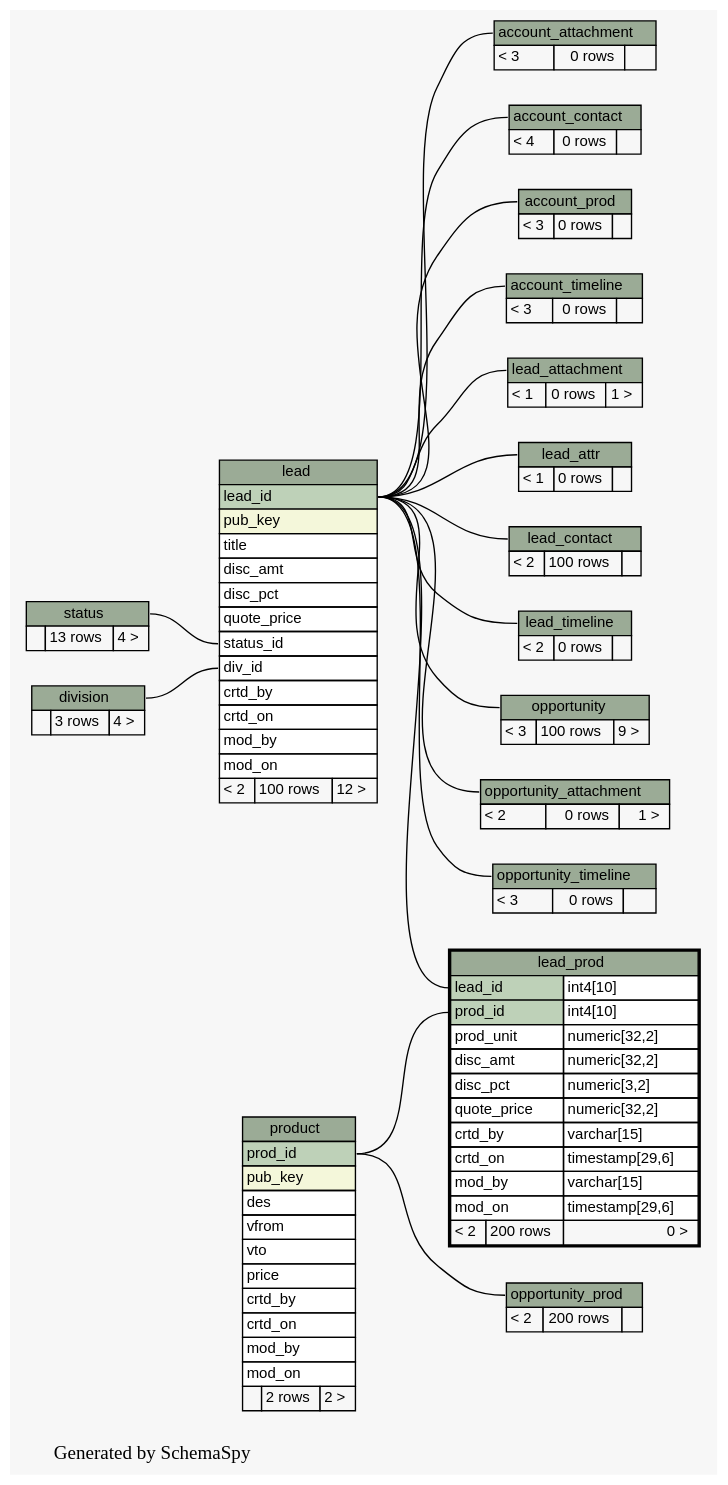
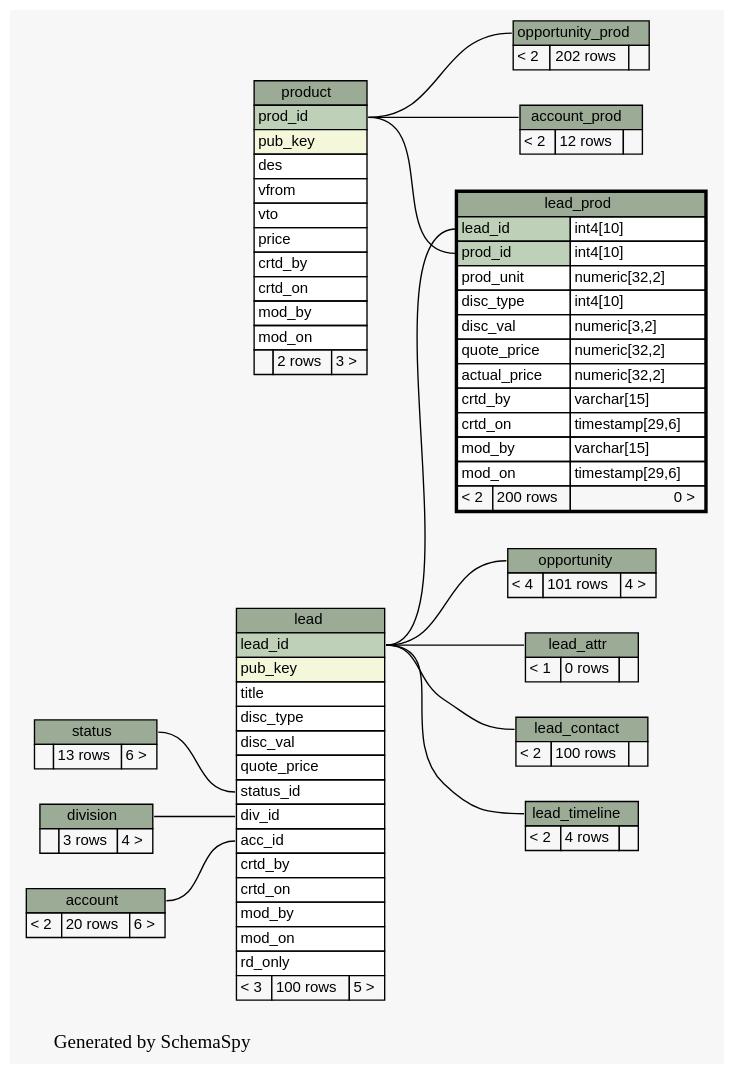
The diagram in docs/database/schemaspy/graphs/lead_prod.2degrees.dot (engineerscraft/salesforce), drawn with Graphviz before and after one commit. The commit also changed 157 other files, not shown here.

```diff
--- a/docs/database/schemaspy/graphs/lead_prod.2degrees.dot
+++ b/docs/database/schemaspy/graphs/lead_prod.2degrees.dot
@@ -14,57 +14,34 @@
   edge [
     arrowsize="0.8"
   ];
-  "account_attachment":"account_attachment.heading":w -> "lead":"lead_id":e [arrowtail=crowodot arrowhead=none];
-  "account_contact":"account_contact.heading":w -> "lead":"lead_id":e [arrowtail=crowtee arrowhead=none];
-  "account_prod":"account_prod.heading":w -> "lead":"lead_id":e [arrowtail=crowtee arrowhead=none];
-  "account_timeline":"account_timeline.heading":w -> "lead":"lead_id":e [arrowtail=crowodot arrowhead=none];
+  "account_prod":"account_prod.heading":w -> "product":"prod_id":e [arrowtail=crowtee arrowhead=none];
+  "lead":"acc_id":w -> "account":"account.heading":e [arrowtail=crowodot arrowhead=none];
   "lead":"div_id":w -> "division":"division.heading":e [arrowtail=crowtee arrowhead=none];
   "lead":"status_id":w -> "status":"status.heading":e [arrowtail=crowtee arrowhead=none];
-  "lead_attachment":"lead_attachment.heading":w -> "lead":"lead_id":e [arrowtail=crowtee arrowhead=none];
   "lead_attr":"lead_attr.heading":w -> "lead":"lead_id":e [arrowtail=tee arrowhead=none];
   "lead_contact":"lead_contact.heading":w -> "lead":"lead_id":e [arrowtail=crowtee arrowhead=none];
   "lead_prod":"lead_id":w -> "lead":"lead_id":e [arrowtail=crowtee arrowhead=none];
   "lead_prod":"prod_id":w -> "product":"prod_id":e [arrowtail=crowtee arrowhead=none];
   "lead_timeline":"lead_timeline.heading":w -> "lead":"lead_id":e [arrowtail=crowtee arrowhead=none];
   "opportunity":"opportunity.heading":w -> "lead":"lead_id":e [arrowtail=crowodot arrowhead=none];
-  "opportunity_attachment":"opportunity_attachment.heading":w -> "lead":"lead_id":e [arrowtail=crowtee arrowhead=none];
   "opportunity_prod":"opportunity_prod.heading":w -> "product":"prod_id":e [arrowtail=crowtee arrowhead=none];
-  "opportunity_timeline":"opportunity_timeline.heading":w -> "lead":"lead_id":e [arrowtail=crowodot arrowhead=none];
-  "account_attachment" [
+  "account" [
     label=<
     <TABLE BORDER="0" CELLBORDER="1" CELLSPACING="0" BGCOLOR="#ffffff">
-      <TR><TD PORT="account_attachment.heading" COLSPAN="3" BGCOLOR="#9bab96" ALIGN="CENTER">account_attachment</TD></TR>
-      <TR><TD ALIGN="LEFT" BGCOLOR="#f7f7f7">&lt; 3</TD><TD ALIGN="RIGHT" BGCOLOR="#f7f7f7">0 rows</TD><TD ALIGN="RIGHT" BGCOLOR="#f7f7f7">  </TD></TR>
+      <TR><TD PORT="account.heading" COLSPAN="3" BGCOLOR="#9bab96" ALIGN="CENTER">account</TD></TR>
+      <TR><TD ALIGN="LEFT" BGCOLOR="#f7f7f7">&lt; 2</TD><TD ALIGN="RIGHT" BGCOLOR="#f7f7f7">20 rows</TD><TD ALIGN="RIGHT" BGCOLOR="#f7f7f7">6 &gt;</TD></TR>
     </TABLE>>
-    URL="account_attachment.html#graph"
-    tooltip="account_attachment"
-  ];
-  "account_contact" [
-    label=<
-    <TABLE BORDER="0" CELLBORDER="1" CELLSPACING="0" BGCOLOR="#ffffff">
-      <TR><TD PORT="account_contact.heading" COLSPAN="3" BGCOLOR="#9bab96" ALIGN="CENTER">account_contact</TD></TR>
-      <TR><TD ALIGN="LEFT" BGCOLOR="#f7f7f7">&lt; 4</TD><TD ALIGN="RIGHT" BGCOLOR="#f7f7f7">0 rows</TD><TD ALIGN="RIGHT" BGCOLOR="#f7f7f7">  </TD></TR>
-    </TABLE>>
-    URL="account_contact.html#graph"
-    tooltip="account_contact"
+    URL="account.html#graph"
+    tooltip="account"
   ];
   "account_prod" [
     label=<
     <TABLE BORDER="0" CELLBORDER="1" CELLSPACING="0" BGCOLOR="#ffffff">
       <TR><TD PORT="account_prod.heading" COLSPAN="3" BGCOLOR="#9bab96" ALIGN="CENTER">account_prod</TD></TR>
-      <TR><TD ALIGN="LEFT" BGCOLOR="#f7f7f7">&lt; 3</TD><TD ALIGN="RIGHT" BGCOLOR="#f7f7f7">0 rows</TD><TD ALIGN="RIGHT" BGCOLOR="#f7f7f7">  </TD></TR>
+      <TR><TD ALIGN="LEFT" BGCOLOR="#f7f7f7">&lt; 2</TD><TD ALIGN="RIGHT" BGCOLOR="#f7f7f7">12 rows</TD><TD ALIGN="RIGHT" BGCOLOR="#f7f7f7">  </TD></TR>
     </TABLE>>
     URL="account_prod.html#graph"
     tooltip="account_prod"
-  ];
-  "account_timeline" [
-    label=<
-    <TABLE BORDER="0" CELLBORDER="1" CELLSPACING="0" BGCOLOR="#ffffff">
-      <TR><TD PORT="account_timeline.heading" COLSPAN="3" BGCOLOR="#9bab96" ALIGN="CENTER">account_timeline</TD></TR>
-      <TR><TD ALIGN="LEFT" BGCOLOR="#f7f7f7">&lt; 3</TD><TD ALIGN="RIGHT" BGCOLOR="#f7f7f7">0 rows</TD><TD ALIGN="RIGHT" BGCOLOR="#f7f7f7">  </TD></TR>
-    </TABLE>>
-    URL="account_timeline.html#graph"
-    tooltip="account_timeline"
   ];
   "division" [
     label=<
@@ -82,28 +59,21 @@
       <TR><TD PORT="lead_id" COLSPAN="3" BGCOLOR="#bed1b8" ALIGN="LEFT">lead_id</TD></TR>
       <TR><TD PORT="pub_key" COLSPAN="3" BGCOLOR="#f4f7da" ALIGN="LEFT">pub_key</TD></TR>
       <TR><TD PORT="title" COLSPAN="3" ALIGN="LEFT">title</TD></TR>
-      <TR><TD PORT="disc_amt" COLSPAN="3" ALIGN="LEFT">disc_amt</TD></TR>
-      <TR><TD PORT="disc_pct" COLSPAN="3" ALIGN="LEFT">disc_pct</TD></TR>
+      <TR><TD PORT="disc_type" COLSPAN="3" ALIGN="LEFT">disc_type</TD></TR>
+      <TR><TD PORT="disc_val" COLSPAN="3" ALIGN="LEFT">disc_val</TD></TR>
       <TR><TD PORT="quote_price" COLSPAN="3" ALIGN="LEFT">quote_price</TD></TR>
       <TR><TD PORT="status_id" COLSPAN="3" ALIGN="LEFT">status_id</TD></TR>
       <TR><TD PORT="div_id" COLSPAN="3" ALIGN="LEFT">div_id</TD></TR>
+      <TR><TD PORT="acc_id" COLSPAN="3" ALIGN="LEFT">acc_id</TD></TR>
       <TR><TD PORT="crtd_by" COLSPAN="3" ALIGN="LEFT">crtd_by</TD></TR>
       <TR><TD PORT="crtd_on" COLSPAN="3" ALIGN="LEFT">crtd_on</TD></TR>
       <TR><TD PORT="mod_by" COLSPAN="3" ALIGN="LEFT">mod_by</TD></TR>
       <TR><TD PORT="mod_on" COLSPAN="3" ALIGN="LEFT">mod_on</TD></TR>
-      <TR><TD ALIGN="LEFT" BGCOLOR="#f7f7f7">&lt; 2</TD><TD ALIGN="RIGHT" BGCOLOR="#f7f7f7">100 rows</TD><TD ALIGN="RIGHT" BGCOLOR="#f7f7f7">12 &gt;</TD></TR>
+      <TR><TD PORT="rd_only" COLSPAN="3" ALIGN="LEFT">rd_only</TD></TR>
+      <TR><TD ALIGN="LEFT" BGCOLOR="#f7f7f7">&lt; 3</TD><TD ALIGN="RIGHT" BGCOLOR="#f7f7f7">100 rows</TD><TD ALIGN="RIGHT" BGCOLOR="#f7f7f7">5 &gt;</TD></TR>
     </TABLE>>
     URL="lead.html#graph"
     tooltip="lead"
-  ];
-  "lead_attachment" [
-    label=<
-    <TABLE BORDER="0" CELLBORDER="1" CELLSPACING="0" BGCOLOR="#ffffff">
-      <TR><TD PORT="lead_attachment.heading" COLSPAN="3" BGCOLOR="#9bab96" ALIGN="CENTER">lead_attachment</TD></TR>
-      <TR><TD ALIGN="LEFT" BGCOLOR="#f7f7f7">&lt; 1</TD><TD ALIGN="RIGHT" BGCOLOR="#f7f7f7">0 rows</TD><TD ALIGN="RIGHT" BGCOLOR="#f7f7f7">1 &gt;</TD></TR>
-    </TABLE>>
-    URL="lead_attachment.html#graph"
-    tooltip="lead_attachment"
   ];
   "lead_attr" [
     label=<
@@ -130,9 +100,10 @@
       <TR><TD PORT="lead_id" COLSPAN="2" BGCOLOR="#bed1b8" ALIGN="LEFT">lead_id</TD><TD PORT="lead_id.type" ALIGN="LEFT">int4[10]</TD></TR>
       <TR><TD PORT="prod_id" COLSPAN="2" BGCOLOR="#bed1b8" ALIGN="LEFT">prod_id</TD><TD PORT="prod_id.type" ALIGN="LEFT">int4[10]</TD></TR>
       <TR><TD PORT="prod_unit" COLSPAN="2" ALIGN="LEFT">prod_unit</TD><TD PORT="prod_unit.type" ALIGN="LEFT">numeric[32,2]</TD></TR>
-      <TR><TD PORT="disc_amt" COLSPAN="2" ALIGN="LEFT">disc_amt</TD><TD PORT="disc_amt.type" ALIGN="LEFT">numeric[32,2]</TD></TR>
-      <TR><TD PORT="disc_pct" COLSPAN="2" ALIGN="LEFT">disc_pct</TD><TD PORT="disc_pct.type" ALIGN="LEFT">numeric[3,2]</TD></TR>
+      <TR><TD PORT="disc_type" COLSPAN="2" ALIGN="LEFT">disc_type</TD><TD PORT="disc_type.type" ALIGN="LEFT">int4[10]</TD></TR>
+      <TR><TD PORT="disc_val" COLSPAN="2" ALIGN="LEFT">disc_val</TD><TD PORT="disc_val.type" ALIGN="LEFT">numeric[3,2]</TD></TR>
       <TR><TD PORT="quote_price" COLSPAN="2" ALIGN="LEFT">quote_price</TD><TD PORT="quote_price.type" ALIGN="LEFT">numeric[32,2]</TD></TR>
+      <TR><TD PORT="actual_price" COLSPAN="2" ALIGN="LEFT">actual_price</TD><TD PORT="actual_price.type" ALIGN="LEFT">numeric[32,2]</TD></TR>
       <TR><TD PORT="crtd_by" COLSPAN="2" ALIGN="LEFT">crtd_by</TD><TD PORT="crtd_by.type" ALIGN="LEFT">varchar[15]</TD></TR>
       <TR><TD PORT="crtd_on" COLSPAN="2" ALIGN="LEFT">crtd_on</TD><TD PORT="crtd_on.type" ALIGN="LEFT">timestamp[29,6]</TD></TR>
       <TR><TD PORT="mod_by" COLSPAN="2" ALIGN="LEFT">mod_by</TD><TD PORT="mod_by.type" ALIGN="LEFT">varchar[15]</TD></TR>
@@ -146,7 +117,7 @@
     label=<
     <TABLE BORDER="0" CELLBORDER="1" CELLSPACING="0" BGCOLOR="#ffffff">
       <TR><TD PORT="lead_timeline.heading" COLSPAN="3" BGCOLOR="#9bab96" ALIGN="CENTER">lead_timeline</TD></TR>
-      <TR><TD ALIGN="LEFT" BGCOLOR="#f7f7f7">&lt; 2</TD><TD ALIGN="RIGHT" BGCOLOR="#f7f7f7">0 rows</TD><TD ALIGN="RIGHT" BGCOLOR="#f7f7f7">  </TD></TR>
+      <TR><TD ALIGN="LEFT" BGCOLOR="#f7f7f7">&lt; 2</TD><TD ALIGN="RIGHT" BGCOLOR="#f7f7f7">4 rows</TD><TD ALIGN="RIGHT" BGCOLOR="#f7f7f7">  </TD></TR>
     </TABLE>>
     URL="lead_timeline.html#graph"
     tooltip="lead_timeline"
@@ -155,37 +126,19 @@
     label=<
     <TABLE BORDER="0" CELLBORDER="1" CELLSPACING="0" BGCOLOR="#ffffff">
       <TR><TD PORT="opportunity.heading" COLSPAN="3" BGCOLOR="#9bab96" ALIGN="CENTER">opportunity</TD></TR>
-      <TR><TD ALIGN="LEFT" BGCOLOR="#f7f7f7">&lt; 3</TD><TD ALIGN="RIGHT" BGCOLOR="#f7f7f7">100 rows</TD><TD ALIGN="RIGHT" BGCOLOR="#f7f7f7">9 &gt;</TD></TR>
+      <TR><TD ALIGN="LEFT" BGCOLOR="#f7f7f7">&lt; 4</TD><TD ALIGN="RIGHT" BGCOLOR="#f7f7f7">101 rows</TD><TD ALIGN="RIGHT" BGCOLOR="#f7f7f7">4 &gt;</TD></TR>
     </TABLE>>
     URL="opportunity.html#graph"
     tooltip="opportunity"
-  ];
-  "opportunity_attachment" [
-    label=<
-    <TABLE BORDER="0" CELLBORDER="1" CELLSPACING="0" BGCOLOR="#ffffff">
-      <TR><TD PORT="opportunity_attachment.heading" COLSPAN="3" BGCOLOR="#9bab96" ALIGN="CENTER">opportunity_attachment</TD></TR>
-      <TR><TD ALIGN="LEFT" BGCOLOR="#f7f7f7">&lt; 2</TD><TD ALIGN="RIGHT" BGCOLOR="#f7f7f7">0 rows</TD><TD ALIGN="RIGHT" BGCOLOR="#f7f7f7">1 &gt;</TD></TR>
-    </TABLE>>
-    URL="opportunity_attachment.html#graph"
-    tooltip="opportunity_attachment"
   ];
   "opportunity_prod" [
     label=<
     <TABLE BORDER="0" CELLBORDER="1" CELLSPACING="0" BGCOLOR="#ffffff">
       <TR><TD PORT="opportunity_prod.heading" COLSPAN="3" BGCOLOR="#9bab96" ALIGN="CENTER">opportunity_prod</TD></TR>
-      <TR><TD ALIGN="LEFT" BGCOLOR="#f7f7f7">&lt; 2</TD><TD ALIGN="RIGHT" BGCOLOR="#f7f7f7">200 rows</TD><TD ALIGN="RIGHT" BGCOLOR="#f7f7f7">  </TD></TR>
+      <TR><TD ALIGN="LEFT" BGCOLOR="#f7f7f7">&lt; 2</TD><TD ALIGN="RIGHT" BGCOLOR="#f7f7f7">202 rows</TD><TD ALIGN="RIGHT" BGCOLOR="#f7f7f7">  </TD></TR>
     </TABLE>>
     URL="opportunity_prod.html#graph"
     tooltip="opportunity_prod"
-  ];
-  "opportunity_timeline" [
-    label=<
-    <TABLE BORDER="0" CELLBORDER="1" CELLSPACING="0" BGCOLOR="#ffffff">
-      <TR><TD PORT="opportunity_timeline.heading" COLSPAN="3" BGCOLOR="#9bab96" ALIGN="CENTER">opportunity_timeline</TD></TR>
-      <TR><TD ALIGN="LEFT" BGCOLOR="#f7f7f7">&lt; 3</TD><TD ALIGN="RIGHT" BGCOLOR="#f7f7f7">0 rows</TD><TD ALIGN="RIGHT" BGCOLOR="#f7f7f7">  </TD></TR>
-    </TABLE>>
-    URL="opportunity_timeline.html#graph"
-    tooltip="opportunity_timeline"
   ];
   "product" [
     label=<
@@ -201,7 +154,7 @@
       <TR><TD PORT="crtd_on" COLSPAN="3" ALIGN="LEFT">crtd_on</TD></TR>
       <TR><TD PORT="mod_by" COLSPAN="3" ALIGN="LEFT">mod_by</TD></TR>
       <TR><TD PORT="mod_on" COLSPAN="3" ALIGN="LEFT">mod_on</TD></TR>
-      <TR><TD ALIGN="LEFT" BGCOLOR="#f7f7f7">  </TD><TD ALIGN="RIGHT" BGCOLOR="#f7f7f7">2 rows</TD><TD ALIGN="RIGHT" BGCOLOR="#f7f7f7">2 &gt;</TD></TR>
+      <TR><TD ALIGN="LEFT" BGCOLOR="#f7f7f7">  </TD><TD ALIGN="RIGHT" BGCOLOR="#f7f7f7">2 rows</TD><TD ALIGN="RIGHT" BGCOLOR="#f7f7f7">3 &gt;</TD></TR>
     </TABLE>>
     URL="product.html#graph"
     tooltip="product"
@@ -210,7 +163,7 @@
     label=<
     <TABLE BORDER="0" CELLBORDER="1" CELLSPACING="0" BGCOLOR="#ffffff">
       <TR><TD PORT="status.heading" COLSPAN="3" BGCOLOR="#9bab96" ALIGN="CENTER">status</TD></TR>
-      <TR><TD ALIGN="LEFT" BGCOLOR="#f7f7f7">  </TD><TD ALIGN="RIGHT" BGCOLOR="#f7f7f7">13 rows</TD><TD ALIGN="RIGHT" BGCOLOR="#f7f7f7">4 &gt;</TD></TR>
+      <TR><TD ALIGN="LEFT" BGCOLOR="#f7f7f7">  </TD><TD ALIGN="RIGHT" BGCOLOR="#f7f7f7">13 rows</TD><TD ALIGN="RIGHT" BGCOLOR="#f7f7f7">6 &gt;</TD></TR>
     </TABLE>>
     URL="status.html#graph"
     tooltip="status"
```
